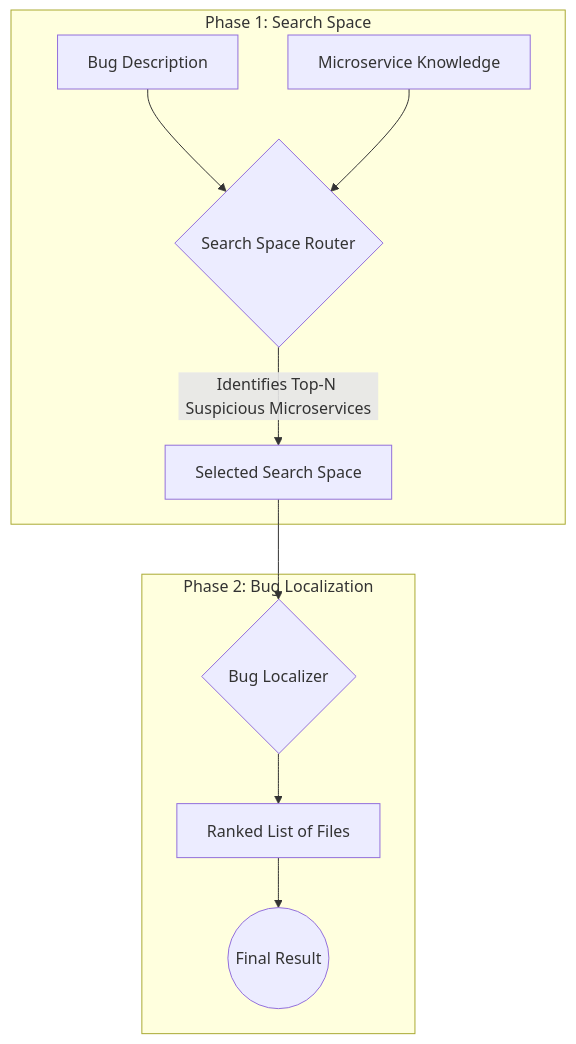
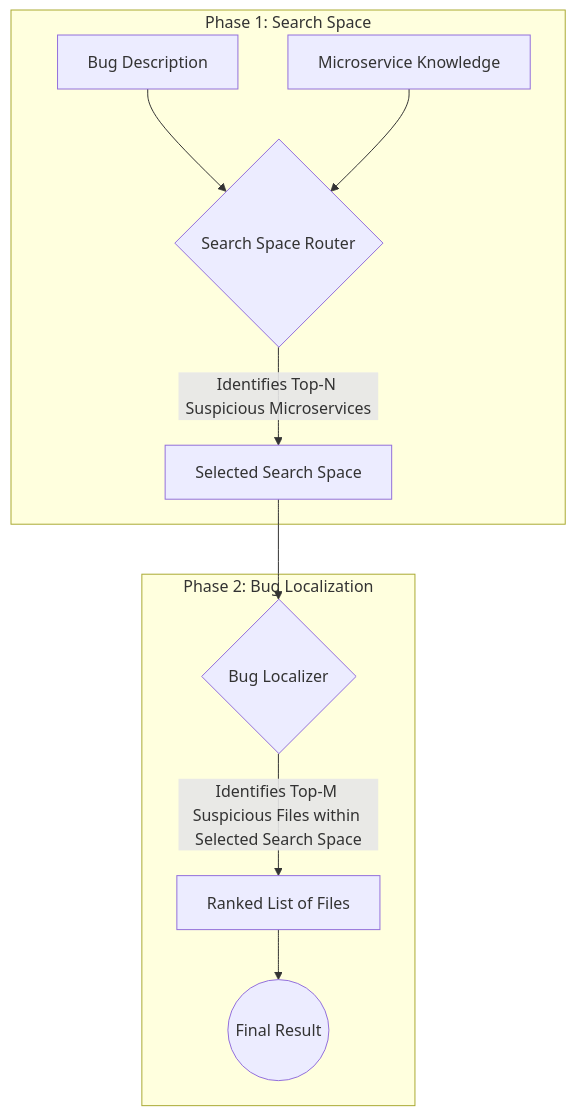
The diagram in README.md (lokumai/defect-solver-guide), drawn with Mermaid before and after one commit. The commit also changed other lines of this file, not shown here.

Commit message:
refactor: update README with architecture section

````diff
--- a/README.md
+++ b/README.md
@@ -51,14 +51,14 @@
 ```mermaid
 graph TD
     subgraph "Phase 1: Search Space"
         A[Bug Description] --> B{Search Space Router}
         C[Microservice Knowledge] --> B
         B -- Identifies Top-N Suspicious Microservices --> D["Selected Search Space"]
     end
 
     subgraph "Phase 2: Bug Localization"
         D --> E{Bug Localizer}
-        E --> K[Ranked List of Files]
+        E -- Identifies Top-M Suspicious Files within Selected Search Space --> K[Ranked List of Files]
         K --> L((Final Result))
     end
 ```
````
